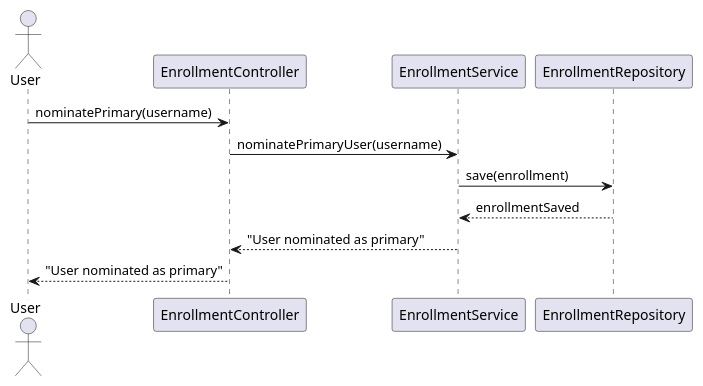
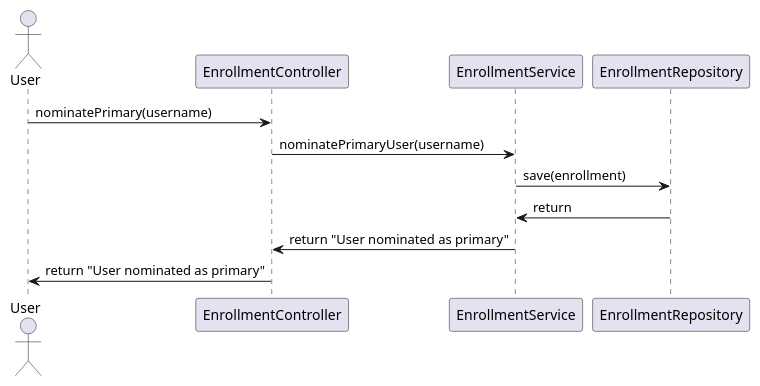
The first of 4 diagrams in enrollment/documentation/detaileddesign.adoc (Dinesh-s95/AutoDoc.ai), drawn with PlantUML before and after one commit. The commit also changed other lines of this file and 3 other files, not shown here.

```diff
--- a/enrollment/documentation/detaileddesign.adoc
+++ b/enrollment/documentation/detaileddesign.adoc
@@ -177,16 +189,16 @@
-[plantuml, user-registration-flow, png]
+[plantuml, user-registration-sequence, png]
 ----
 @startuml
-actor User
-participant "EnrollmentController" as Controller
-participant "EnrollmentService" as Service
-participant "EnrollmentRepository" as Repository
+actor User as user
+participant "EnrollmentController" as controller
+participant "EnrollmentService" as service
+participant "EnrollmentRepository" as repo
 
-User -> Controller : nominatePrimary(username)
-Controller -> Service : nominatePrimaryUser(username)
-Service -> Repository : save(enrollment)
-Repository --> Service : enrollmentSaved
-Service --> Controller : "User nominated as primary"
-Controller --> User : "User nominated as primary"
+user -> controller : nominatePrimary(username)
+controller -> service : nominatePrimaryUser(username)
+service -> repo : save(enrollment)
+repo -> service : return
+service -> controller : return "User nominated as primary"
+controller -> user : return "User nominated as primary"
 @enduml
 ----
```
